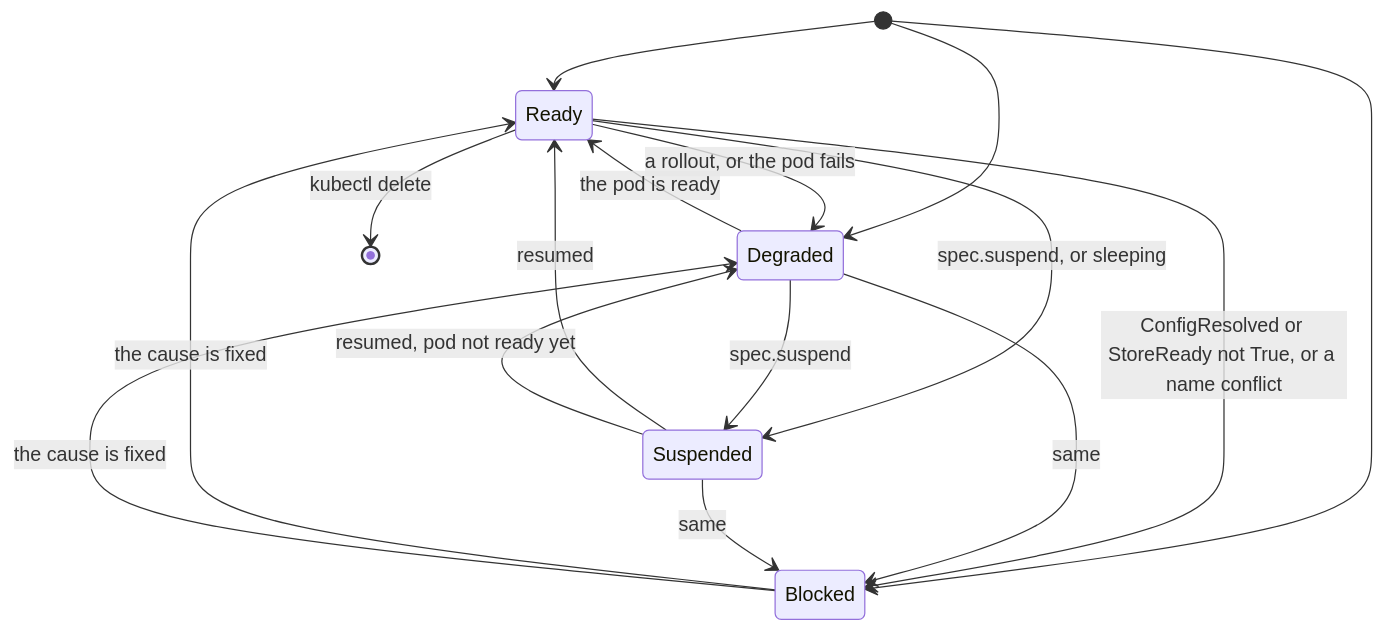
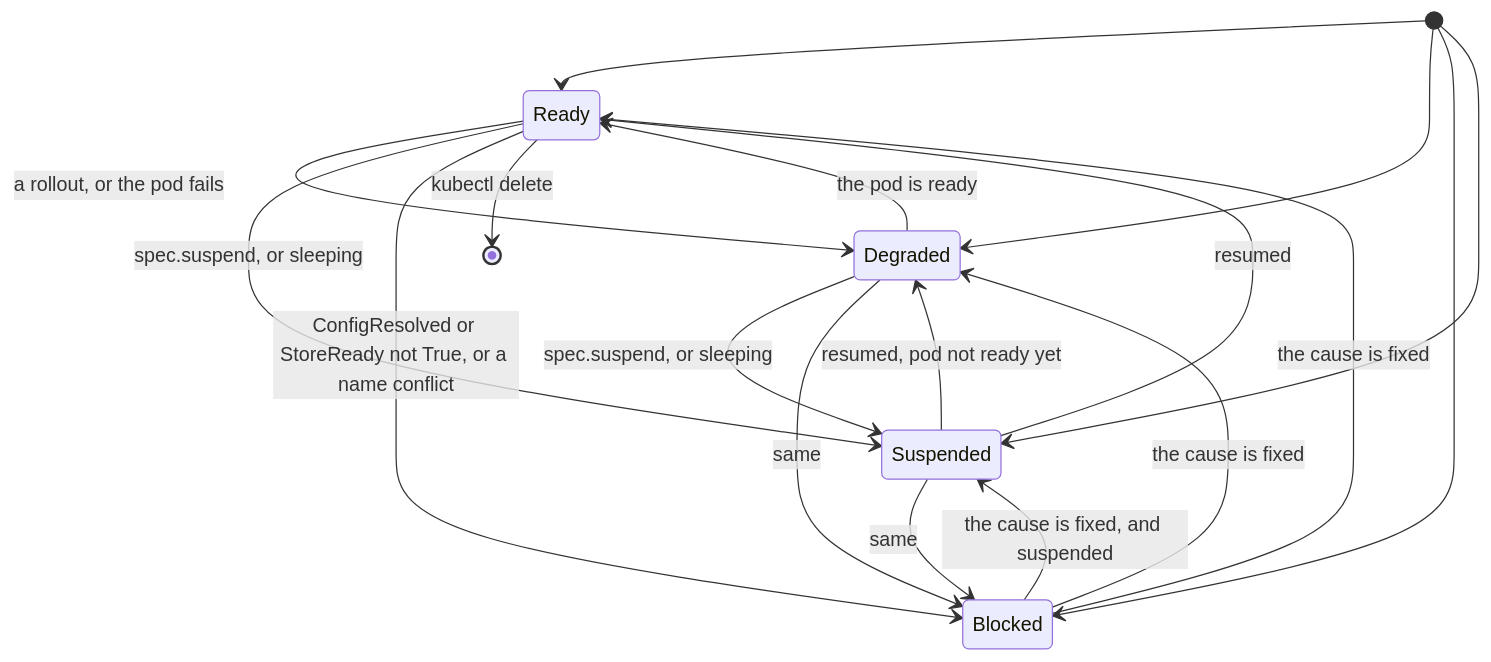
One commit to vymalo/another-agentic-platform changed the second of 2 diagrams in docs/get-started.md. Above: the diagram before and after it, drawn with Mermaid. The commit also changed other lines of this file, not shown here.

````diff
--- a/docs/get-started.md
+++ b/docs/get-started.md
@@ -43,18 +43,20 @@
 ```mermaid
 stateDiagram-v2
   [*] --> Ready
   [*] --> Degraded
   [*] --> Blocked
+  [*] --> Suspended
   Degraded --> Ready: the pod is ready
   Ready --> Degraded: a rollout, or the pod fails
   Ready --> Suspended: spec.suspend, or sleeping
-  Degraded --> Suspended: spec.suspend
+  Degraded --> Suspended: spec.suspend, or sleeping
   Suspended --> Ready: resumed
   Suspended --> Degraded: resumed, pod not ready yet
   Ready --> Blocked: ConfigResolved or StoreReady not True, or a name conflict
   Degraded --> Blocked: same
   Suspended --> Blocked: same
   Blocked --> Ready: the cause is fixed
   Blocked --> Degraded: the cause is fixed
+  Blocked --> Suspended: the cause is fixed, and suspended
   Ready --> [*]: kubectl delete
 ```
````
